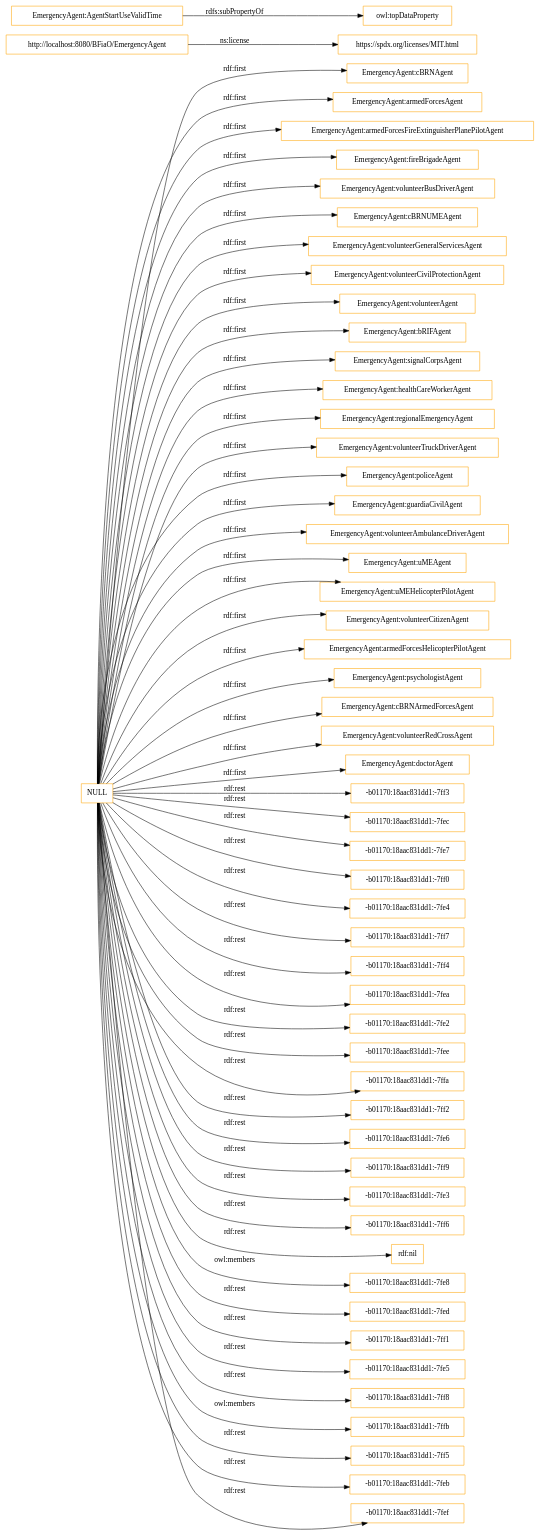
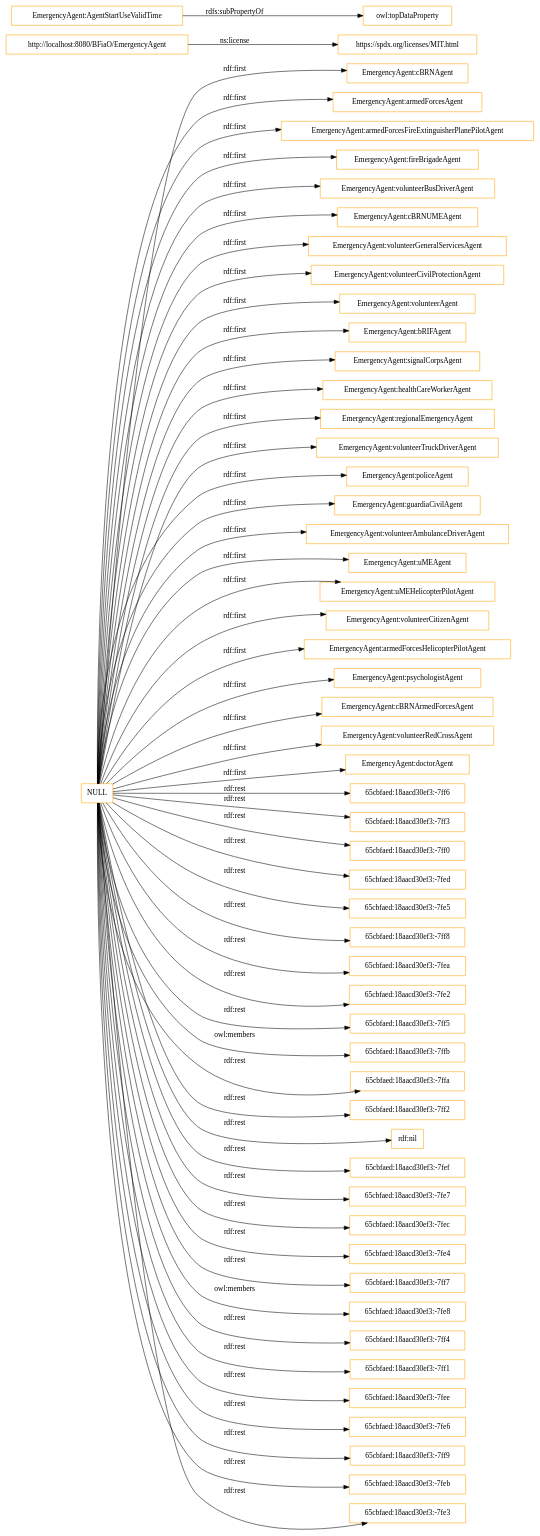
One commit to ahmad88me/bfiao changed the diagram in OnToology/EmergencyAgent.owl/diagrams/ar2dtool-class/EmergencyAgent.owl.png.dot. Above: the diagram before and after it, drawn with Graphviz. The commit also changed 23 other files, not shown here.

```diff
--- a/OnToology/EmergencyAgent.owl/diagrams/ar2dtool-class/EmergencyAgent.owl.png.dot
+++ b/OnToology/EmergencyAgent.owl/diagrams/ar2dtool-class/EmergencyAgent.owl.png.dot
@@ -1,59 +1,59 @@
 digraph ar2dtool_diagram { 
 rankdir=LR;
 size="1501"
 node [shape = rectangle, color="orange"]; "EmergencyAgent:cBRNAgent" "EmergencyAgent:armedForcesAgent" "EmergencyAgent:armedForcesFireExtinguisherPlanePilotAgent" "EmergencyAgent:fireBrigadeAgent" "EmergencyAgent:volunteerBusDriverAgent" "EmergencyAgent:cBRNUMEAgent" "EmergencyAgent:volunteerGeneralServicesAgent" "EmergencyAgent:volunteerCivilProtectionAgent" "EmergencyAgent:volunteerAgent" "EmergencyAgent:bRIFAgent" "EmergencyAgent:signalCorpsAgent" "EmergencyAgent:healthCareWorkerAgent" "EmergencyAgent:regionalEmergencyAgent" "EmergencyAgent:volunteerTruckDriverAgent" "EmergencyAgent:policeAgent" "EmergencyAgent:guardiaCivilAgent" "EmergencyAgent:volunteerAmbulanceDriverAgent" "EmergencyAgent:uMEAgent" "EmergencyAgent:uMEHelicopterPilotAgent" "EmergencyAgent:volunteerCitizenAgent" "EmergencyAgent:armedForcesHelicopterPilotAgent" "EmergencyAgent:psychologistAgent" "EmergencyAgent:cBRNArmedForcesAgent" "EmergencyAgent:volunteerRedCrossAgent" "EmergencyAgent:doctorAgent" ; /*classes style*/
 	"http://localhost:8080/BFiaO/EmergencyAgent" -> "https://spdx.org/licenses/MIT.html" [ label = "ns:license" ];
 	"NULL" -> "EmergencyAgent:volunteerTruckDriverAgent" [ label = "rdf:first" ];
-	"NULL" -> "-b01170:18aac831dd1:-7ff3" [ label = "rdf:rest" ];
-	"NULL" -> "-b01170:18aac831dd1:-7fec" [ label = "rdf:rest" ];
-	"NULL" -> "-b01170:18aac831dd1:-7fe7" [ label = "rdf:rest" ];
-	"NULL" -> "-b01170:18aac831dd1:-7ff0" [ label = "rdf:rest" ];
-	"NULL" -> "-b01170:18aac831dd1:-7fe4" [ label = "rdf:rest" ];
-	"NULL" -> "-b01170:18aac831dd1:-7ff7" [ label = "rdf:rest" ];
+	"NULL" -> "65cbfaed:18aacd30ef3:-7ff6" [ label = "rdf:rest" ];
+	"NULL" -> "65cbfaed:18aacd30ef3:-7ff3" [ label = "rdf:rest" ];
+	"NULL" -> "65cbfaed:18aacd30ef3:-7ff0" [ label = "rdf:rest" ];
 	"NULL" -> "EmergencyAgent:uMEHelicopterPilotAgent" [ label = "rdf:first" ];
 	"NULL" -> "EmergencyAgent:bRIFAgent" [ label = "rdf:first" ];
 	"NULL" -> "EmergencyAgent:volunteerGeneralServicesAgent" [ label = "rdf:first" ];
-	"NULL" -> "-b01170:18aac831dd1:-7ff4" [ label = "rdf:rest" ];
 	"NULL" -> "EmergencyAgent:cBRNArmedForcesAgent" [ label = "rdf:first" ];
-	"NULL" -> "-b01170:18aac831dd1:-7fea" [ label = "rdf:rest" ];
+	"NULL" -> "65cbfaed:18aacd30ef3:-7fed" [ label = "rdf:rest" ];
 	"NULL" -> "EmergencyAgent:regionalEmergencyAgent" [ label = "rdf:first" ];
-	"NULL" -> "-b01170:18aac831dd1:-7fe2" [ label = "rdf:rest" ];
+	"NULL" -> "65cbfaed:18aacd30ef3:-7fe5" [ label = "rdf:rest" ];
 	"NULL" -> "EmergencyAgent:fireBrigadeAgent" [ label = "rdf:first" ];
+	"NULL" -> "65cbfaed:18aacd30ef3:-7ff8" [ label = "rdf:rest" ];
+	"NULL" -> "65cbfaed:18aacd30ef3:-7fea" [ label = "rdf:rest" ];
 	"NULL" -> "EmergencyAgent:volunteerRedCrossAgent" [ label = "rdf:first" ];
-	"NULL" -> "-b01170:18aac831dd1:-7fee" [ label = "rdf:rest" ];
-	"NULL" -> "-b01170:18aac831dd1:-7ffa" [ label = "rdf:rest" ];
-	"NULL" -> "-b01170:18aac831dd1:-7ff2" [ label = "rdf:rest" ];
-	"NULL" -> "-b01170:18aac831dd1:-7fe6" [ label = "rdf:rest" ];
-	"NULL" -> "-b01170:18aac831dd1:-7ff9" [ label = "rdf:rest" ];
-	"NULL" -> "-b01170:18aac831dd1:-7fe3" [ label = "rdf:rest" ];
-	"NULL" -> "-b01170:18aac831dd1:-7ff6" [ label = "rdf:rest" ];
+	"NULL" -> "65cbfaed:18aacd30ef3:-7fe2" [ label = "rdf:rest" ];
+	"NULL" -> "65cbfaed:18aacd30ef3:-7ff5" [ label = "rdf:rest" ];
+	"NULL" -> "65cbfaed:18aacd30ef3:-7ffb" [ label = "owl:members" ];
+	"NULL" -> "65cbfaed:18aacd30ef3:-7ffa" [ label = "rdf:rest" ];
+	"NULL" -> "65cbfaed:18aacd30ef3:-7ff2" [ label = "rdf:rest" ];
 	"NULL" -> "EmergencyAgent:armedForcesHelicopterPilotAgent" [ label = "rdf:first" ];
 	"NULL" -> "rdf:nil" [ label = "rdf:rest" ];
 	"NULL" -> "EmergencyAgent:doctorAgent" [ label = "rdf:first" ];
-	"NULL" -> "-b01170:18aac831dd1:-7fe8" [ label = "owl:members" ];
+	"NULL" -> "65cbfaed:18aacd30ef3:-7fef" [ label = "rdf:rest" ];
+	"NULL" -> "65cbfaed:18aacd30ef3:-7fe7" [ label = "rdf:rest" ];
+	"NULL" -> "65cbfaed:18aacd30ef3:-7fec" [ label = "rdf:rest" ];
 	"NULL" -> "EmergencyAgent:guardiaCivilAgent" [ label = "rdf:first" ];
+	"NULL" -> "65cbfaed:18aacd30ef3:-7fe4" [ label = "rdf:rest" ];
 	"NULL" -> "EmergencyAgent:psychologistAgent" [ label = "rdf:first" ];
-	"NULL" -> "-b01170:18aac831dd1:-7fed" [ label = "rdf:rest" ];
+	"NULL" -> "65cbfaed:18aacd30ef3:-7ff7" [ label = "rdf:rest" ];
+	"NULL" -> "65cbfaed:18aacd30ef3:-7fe8" [ label = "owl:members" ];
 	"NULL" -> "EmergencyAgent:cBRNAgent" [ label = "rdf:first" ];
 	"NULL" -> "EmergencyAgent:healthCareWorkerAgent" [ label = "rdf:first" ];
 	"NULL" -> "EmergencyAgent:armedForcesAgent" [ label = "rdf:first" ];
-	"NULL" -> "-b01170:18aac831dd1:-7ff1" [ label = "rdf:rest" ];
+	"NULL" -> "65cbfaed:18aacd30ef3:-7ff4" [ label = "rdf:rest" ];
 	"NULL" -> "EmergencyAgent:policeAgent" [ label = "rdf:first" ];
-	"NULL" -> "-b01170:18aac831dd1:-7fe5" [ label = "rdf:rest" ];
-	"NULL" -> "-b01170:18aac831dd1:-7ff8" [ label = "rdf:rest" ];
+	"NULL" -> "65cbfaed:18aacd30ef3:-7ff1" [ label = "rdf:rest" ];
 	"NULL" -> "EmergencyAgent:volunteerAgent" [ label = "rdf:first" ];
-	"NULL" -> "-b01170:18aac831dd1:-7ffb" [ label = "owl:members" ];
 	"NULL" -> "EmergencyAgent:volunteerAmbulanceDriverAgent" [ label = "rdf:first" ];
-	"NULL" -> "-b01170:18aac831dd1:-7ff5" [ label = "rdf:rest" ];
 	"NULL" -> "EmergencyAgent:signalCorpsAgent" [ label = "rdf:first" ];
 	"NULL" -> "EmergencyAgent:volunteerBusDriverAgent" [ label = "rdf:first" ];
 	"NULL" -> "EmergencyAgent:uMEAgent" [ label = "rdf:first" ];
 	"NULL" -> "EmergencyAgent:volunteerCitizenAgent" [ label = "rdf:first" ];
-	"NULL" -> "-b01170:18aac831dd1:-7feb" [ label = "rdf:rest" ];
+	"NULL" -> "65cbfaed:18aacd30ef3:-7fee" [ label = "rdf:rest" ];
 	"NULL" -> "EmergencyAgent:volunteerCivilProtectionAgent" [ label = "rdf:first" ];
+	"NULL" -> "65cbfaed:18aacd30ef3:-7fe6" [ label = "rdf:rest" ];
 	"NULL" -> "EmergencyAgent:cBRNUMEAgent" [ label = "rdf:first" ];
+	"NULL" -> "65cbfaed:18aacd30ef3:-7ff9" [ label = "rdf:rest" ];
 	"NULL" -> "EmergencyAgent:armedForcesFireExtinguisherPlanePilotAgent" [ label = "rdf:first" ];
-	"NULL" -> "-b01170:18aac831dd1:-7fef" [ label = "rdf:rest" ];
+	"NULL" -> "65cbfaed:18aacd30ef3:-7feb" [ label = "rdf:rest" ];
+	"NULL" -> "65cbfaed:18aacd30ef3:-7fe3" [ label = "rdf:rest" ];
 	"EmergencyAgent:AgentStartUseValidTime" -> "owl:topDataProperty" [ label = "rdfs:subPropertyOf" ];
 
 }
```
